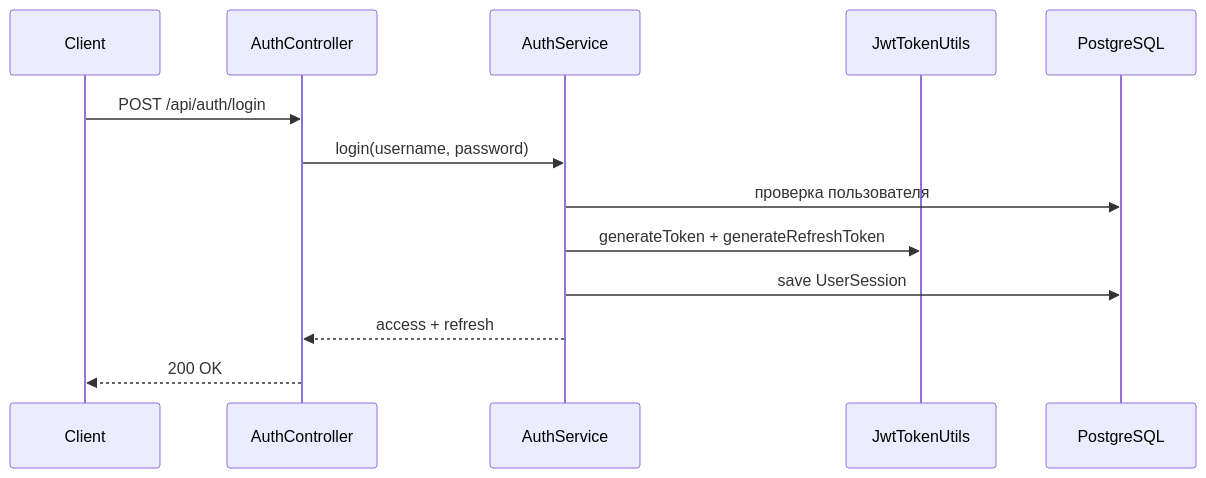
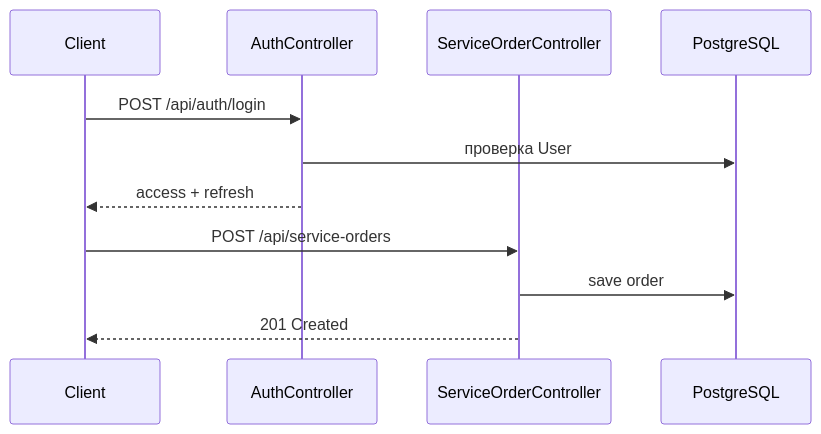
The diagram in docs/uml-overview.md (pagadone1/ziovpoLab), drawn with Mermaid before and after one commit. The commit also changed other lines of this file and 3 other files, not shown here.

````diff
--- a/docs/uml-overview.md
+++ b/docs/uml-overview.md
@@ -20,16 +12,14 @@
 ```mermaid
 sequenceDiagram
     participant C as Client
     participant A as AuthController
-    participant S as AuthService
-    participant J as JwtTokenUtils
+    participant O as ServiceOrderController
     participant DB as PostgreSQL
 
     C->>A: POST /api/auth/login
-    A->>S: login(username, password)
-    S->>DB: проверка пользователя
-    S->>J: generateToken + generateRefreshToken
-    S->>DB: save UserSession
-    S-->>A: access + refresh
-    A-->>C: 200 OK
+    A->>DB: проверка User
+    A-->>C: access + refresh
+    C->>O: POST /api/service-orders
+    O->>DB: save order
+    O-->>C: 201 Created
 ```
````
